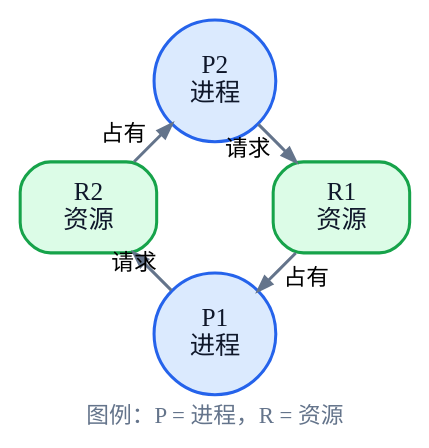
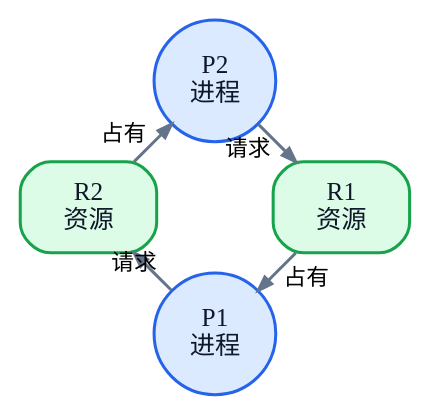
The diagram in 01_综合知识/01_计算机基础知识/02_操作系统/死锁与银行家算法.md (74262195/system-architect-notes), drawn with Graphviz before and after one commit. The commit also changed other lines of this file, not shown here.

Commit message:
恢复死锁图紧凑尺寸

````diff
--- a/01_综合知识/01_计算机基础知识/02_操作系统/死锁与银行家算法.md
+++ b/01_综合知识/01_计算机基础知识/02_操作系统/死锁与银行家算法.md
@@ -93,18 +93,18 @@
 ```dot
 digraph ResourceAllocationGraph {
-  graph [layout=circo, bgcolor="transparent", pad=0.05, margin=0, nodesep=0.15, overlap=false, ratio=compress, labelloc=b, label="图例：P = 进程，R = 资源", fontname="PingFang SC", fontsize=9, fontcolor="#64748B"]
+  graph [layout=circo, bgcolor="transparent", pad=0.05, margin=0, nodesep=0.15, overlap=false, ratio=compress]
   node [fontname="PingFang SC", fontsize=10, style="filled", penwidth=1.2, color="#334155", fontcolor="#0F172A", margin="0.1,0.06"]
   edge [fontname="PingFang SC", fontsize=9, color="#64748B", penwidth=1.2, arrowsize=0.55]
 
   P1 [label="P1\n进程", shape=circle, fillcolor="#DBEAFE", color="#2563EB"]
   P2 [label="P2\n进程", shape=circle, fillcolor="#DBEAFE", color="#2563EB"]
   R1 [label="R1\n资源", shape=box, style="rounded,filled", fillcolor="#DCFCE7", color="#16A34A"]
   R2 [label="R2\n资源", shape=box, style="rounded,filled", fillcolor="#DCFCE7", color="#16A34A"]
 
   P1 -> R2 [label="请求"]
   R2 -> P2 [label="占有"]
   P2 -> R1 [label="请求"]
   R1 -> P1 [label="占有"]
 
 }
 ```
````
